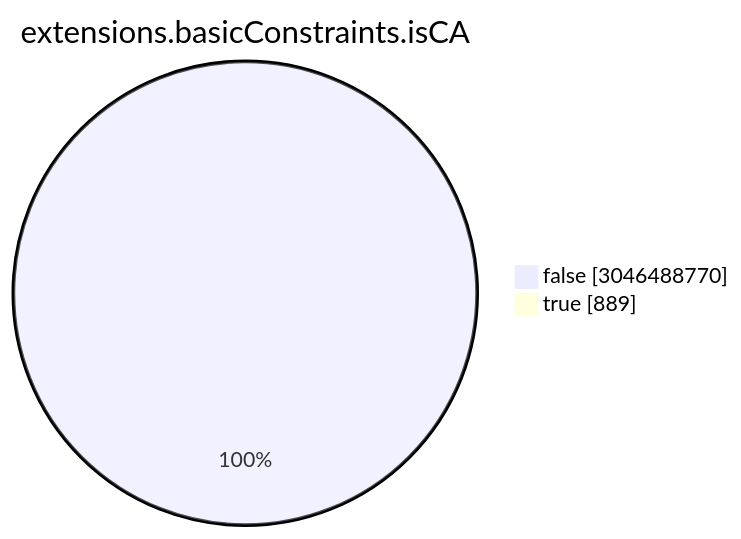
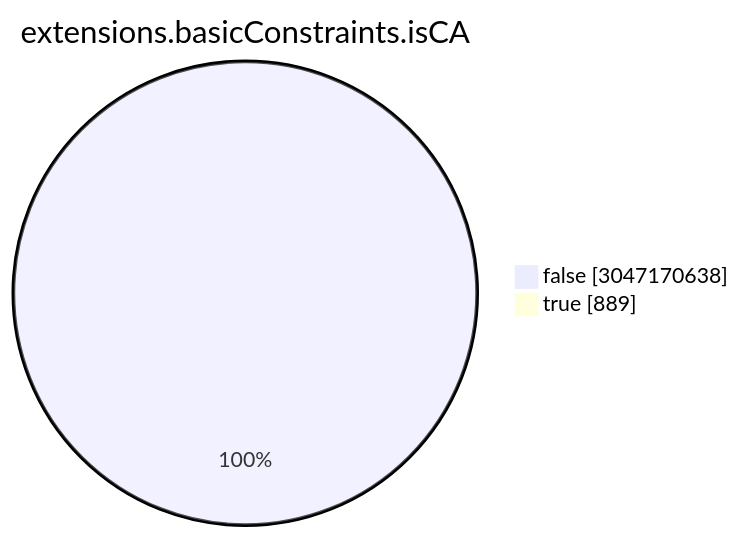
Before and after one commit to christiankrug/ctmonitor_visualization: the seventh of 15 diagrams in TOTAL/README.md, drawn with Mermaid. The commit also changed other lines of this file, not shown here.

````diff
--- a/TOTAL/README.md
+++ b/TOTAL/README.md
@@ -3086,6 +3086,6 @@
 ```mermaid
 pie showData
 title extensions.basicConstraints.isCA
-"false" :3046488770
+"false" :3047170638
 "true" :889
 ```
````
